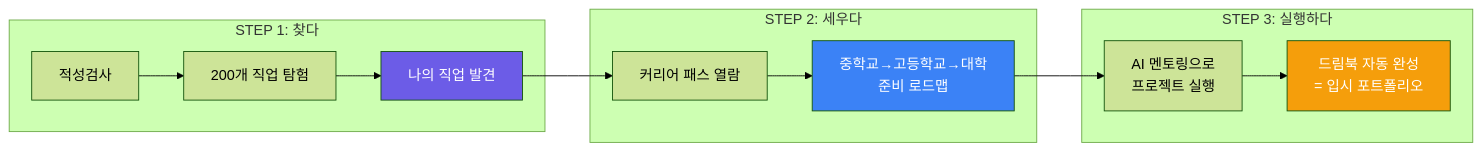
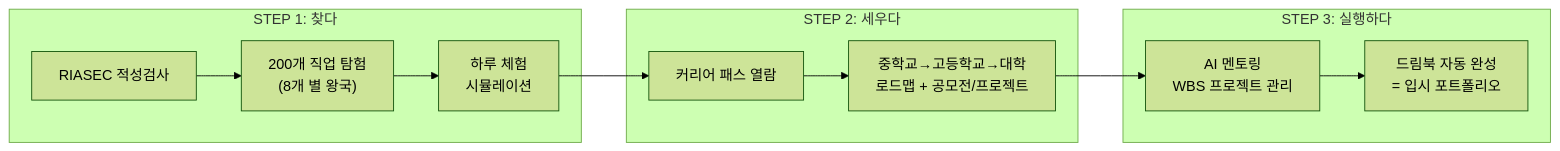
The first of 2 diagrams in Readme.md (Collegenie-X/AI-career-path), drawn with Mermaid (forest theme) before and after one commit. The commit also changed other lines of this file and 2 other files, not shown here.

````diff
--- a/Readme.md
+++ b/Readme.md
@@ -53,19 +86,15 @@
 ```mermaid
 graph LR
     subgraph "STEP 1: 찾다"
-        A["적성검사"] --> B["200개 직업 탐험"]
-        B --> C["나의 직업 발견"]
+        A["RIASEC 적성검사"] --> B["200개 직업 탐험<br/>(8개 별 왕국)"]
+        B --> C["하루 체험<br/>시뮬레이션"]
     end
     subgraph "STEP 2: 세우다"
         C --> D["커리어 패스 열람"]
-        D --> E["중학교→고등학교→대학<br/>준비 로드맵"]
+        D --> E["중학교→고등학교→대학<br/>로드맵 + 공모전/프로젝트"]
     end
     subgraph "STEP 3: 실행하다"
-        E --> F["AI 멘토링으로<br/>프로젝트 실행"]
+        E --> F["AI 멘토링<br/>WBS 프로젝트 관리"]
         F --> G["드림북 자동 완성<br/>= 입시 포트폴리오"]
     end
-
-    style C fill:#6C5CE7,color:#fff
-    style E fill:#3B82F6,color:#fff
-    style G fill:#F59E0B,color:#fff
 ```
````
